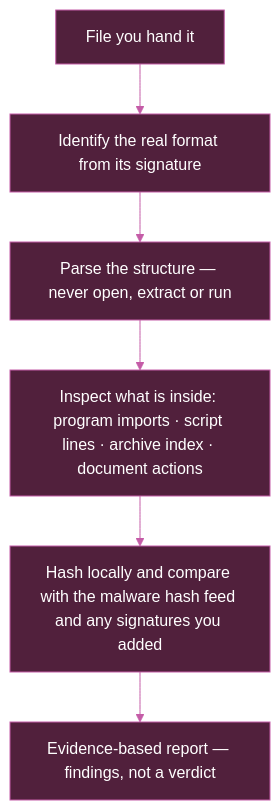
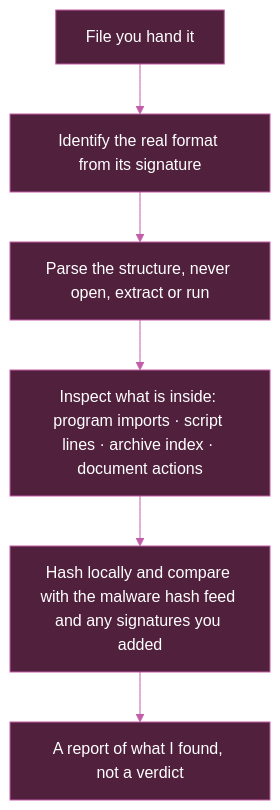
One commit to iri-dev/WardenOne changed the second of 6 diagrams in README.md. Above: the diagram before and after it, drawn with Mermaid. The commit also changed other lines of this file and 193 other files, not shown here.

````diff
--- a/README.md
+++ b/README.md
@@ -732,11 +733,11 @@
 ```mermaid
 flowchart TB
     Pick["File you hand it"] --> Format["Identify the real format from its signature"]
-    Format --> Parse["Parse the structure — never open, extract or run"]
+    Format --> Parse["Parse the structure, never open, extract or run"]
     Parse --> Inspect["Inspect what is inside: program imports · script lines · archive index · document actions"]
     Inspect --> Hash["Hash locally and compare with the malware hash feed and any signatures you added"]
-    Hash --> Report["Evidence-based report — findings, not a verdict"]
+    Hash --> Report["A report of what I found, not a verdict"]
     classDef warden fill:#51203c,stroke:#c45ca7,color:#ffffff
     class Pick,Format,Parse,Inspect,Hash,Report warden
     linkStyle default stroke:#c45ca7
 ```
````
